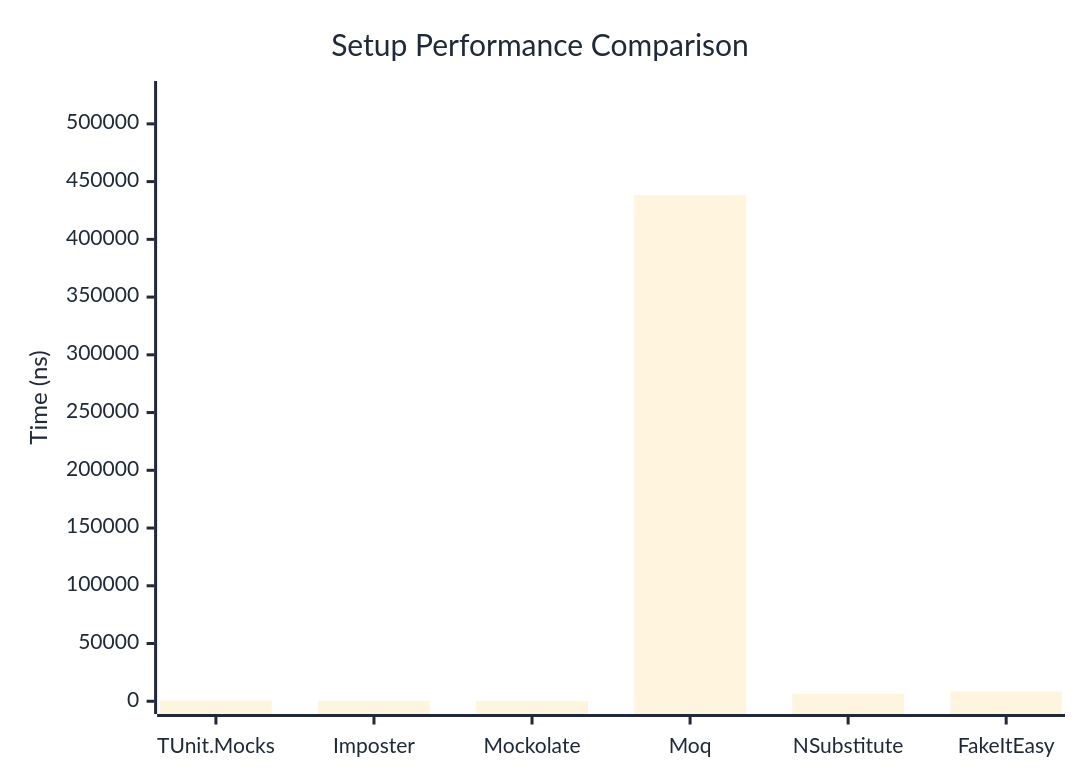
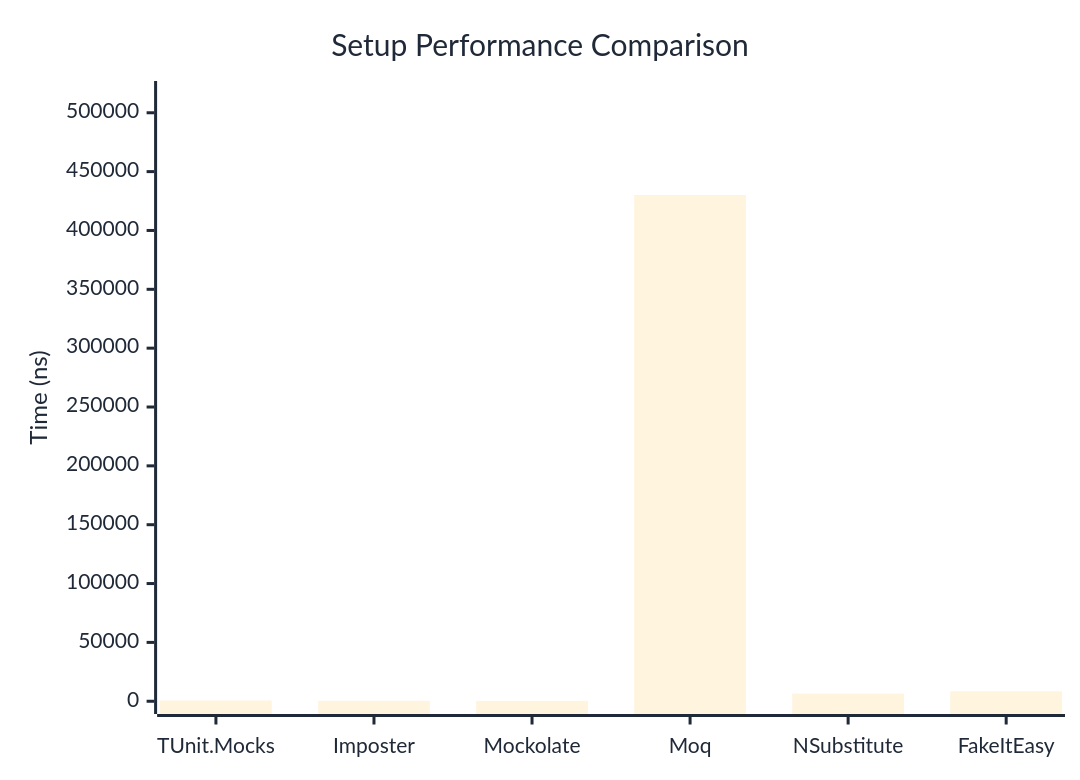
One commit to thomhurst/TUnit changed the first of 2 diagrams in docs/docs/benchmarks/mocks/Setup.md. Above: the diagram before and after it, drawn with Mermaid. The commit also changed other lines of this file and 14 other files, not shown here.

````diff
--- a/docs/docs/benchmarks/mocks/Setup.md
+++ b/docs/docs/benchmarks/mocks/Setup.md
@@ -30,27 +30,27 @@
 ```mermaid
 %%{init: {
   'theme':'base',
   'themeVariables': {
     'primaryColor': '#2563eb',
     'primaryTextColor': '#1f2937',
     'primaryBorderColor': '#1e40af',
     'lineColor': '#6b7280',
     'secondaryColor': '#7c3aed',
     'tertiaryColor': '#dc2626',
     'background': '#ffffff',
     'pie1': '#2563eb',
     'pie2': '#7c3aed',
     'pie3': '#dc2626',
     'pie4': '#f59e0b',
     'pie5': '#10b981',
     'pie6': '#06b6d4',
     'pie7': '#ec4899',
     'pie8': '#6366f1'
   }
 }}%%
 xychart-beta
   title "Setup Performance Comparison"
   x-axis ["TUnit.Mocks", "Imposter", "Mockolate", "Moq", "NSubstitute", "FakeItEasy"]
-  y-axis "Time (ns)" 0 --> 526077
-  bar [570.2, 352.2, 334.7, 438397.4, 6340.8, 8440.8]
+  y-axis "Time (ns)" 0 --> 516157
+  bar [600.4, 358.9, 347.8, 430130.3, 6458.3, 8386.4]
 ```
````
